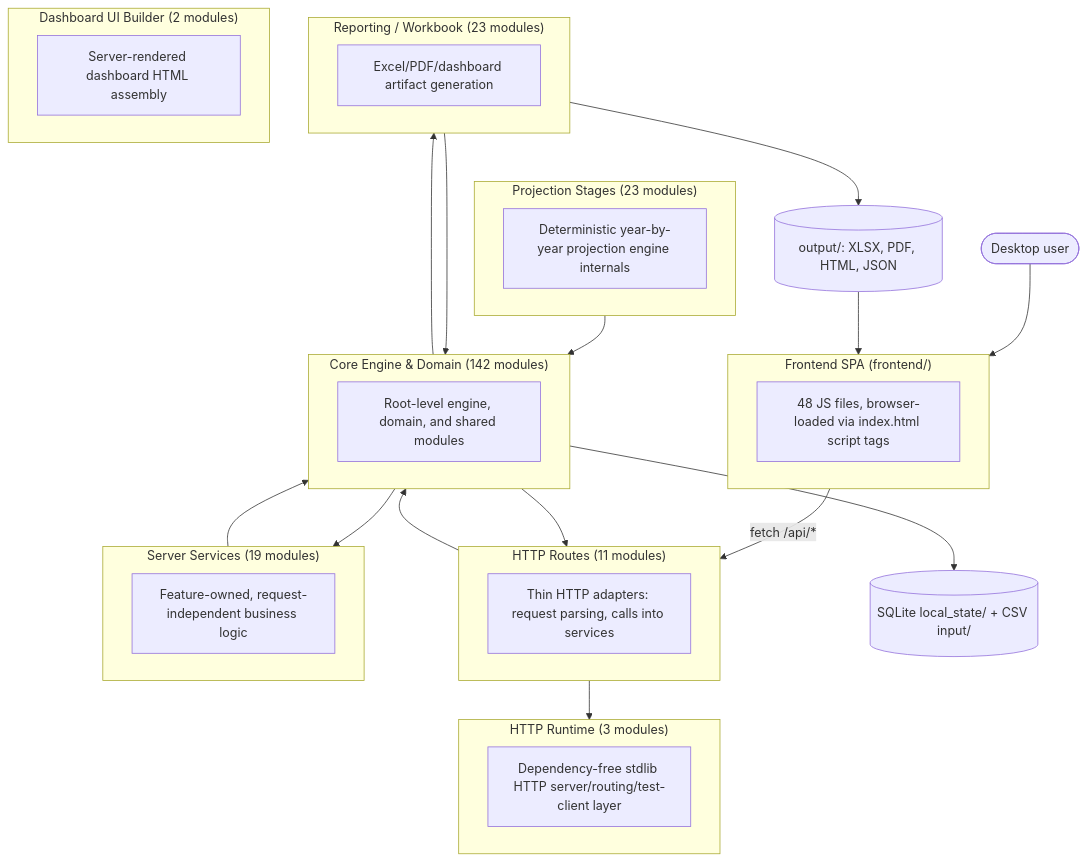
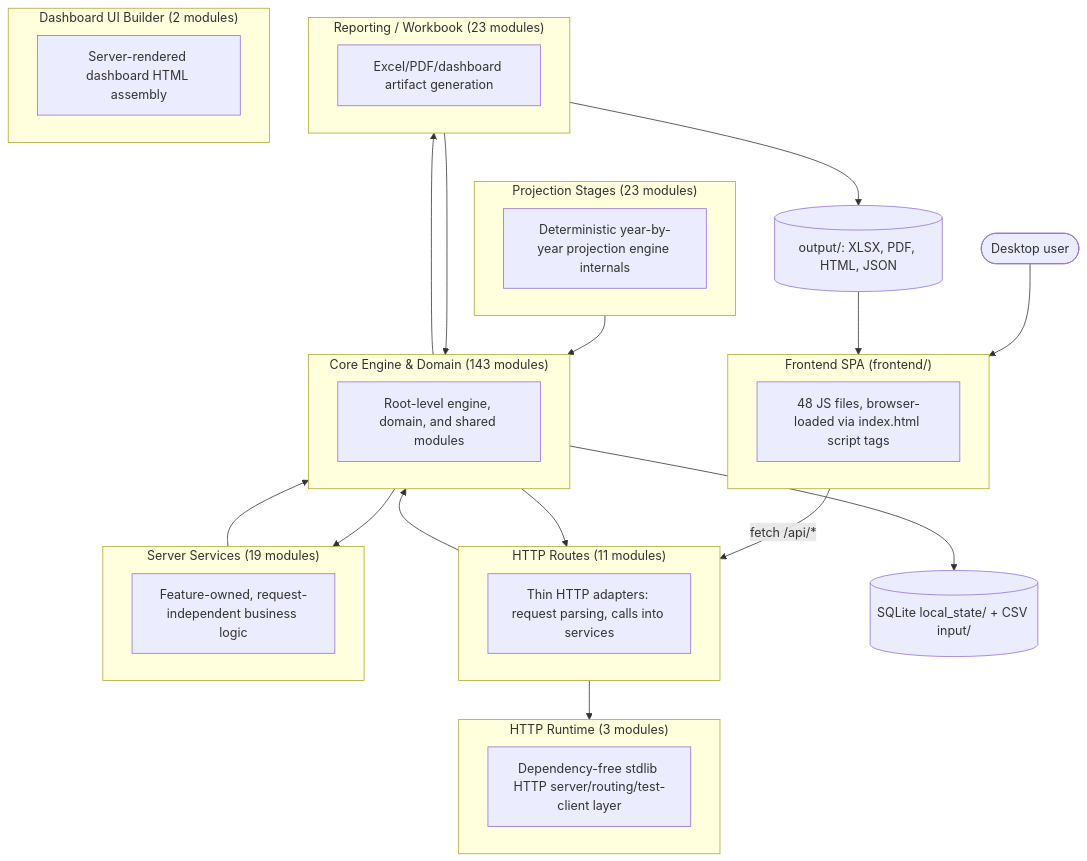
The first of 2 diagrams in documentation/reference/SYSTEM_ARCHITECTURE_DIAGRAM.md (matthartzman/retirement_system), drawn with Mermaid before and after one commit. The commit also changed other lines of this file and 14 other files, not shown here.

````diff
--- a/documentation/reference/SYSTEM_ARCHITECTURE_DIAGRAM.md
+++ b/documentation/reference/SYSTEM_ARCHITECTURE_DIAGRAM.md
@@ -11,40 +11,40 @@
 ```mermaid
 flowchart TB
     User(["Desktop user"]) --> FE
     subgraph FE["Frontend SPA (frontend/)"]
         FEcount["48 JS files, browser-loaded via index.html script tags"]
     end
     FE -->|fetch /api/*| L_HTTP_Routes
     subgraph L_HTTP_Routes["HTTP Routes (11 modules)"]
         L_HTTP_Routes_d["Thin HTTP adapters: request parsing, calls into services"]
     end
     subgraph L_Server_Services["Server Services (19 modules)"]
         L_Server_Services_d["Feature-owned, request-independent business logic"]
     end
     subgraph L_HTTP_Runtime["HTTP Runtime (3 modules)"]
         L_HTTP_Runtime_d["Dependency-free stdlib HTTP server/routing/test-client layer"]
     end
-    subgraph L_Core_Engine___Domain["Core Engine & Domain (142 modules)"]
+    subgraph L_Core_Engine___Domain["Core Engine & Domain (143 modules)"]
         L_Core_Engine___Domain_d["Root-level engine, domain, and shared modules"]
     end
     subgraph L_Projection_Stages["Projection Stages (23 modules)"]
         L_Projection_Stages_d["Deterministic year-by-year projection engine internals"]
     end
     subgraph L_Reporting___Workbook["Reporting / Workbook (23 modules)"]
         L_Reporting___Workbook_d["Excel/PDF/dashboard artifact generation"]
     end
     subgraph L_Dashboard_UI_Builder["Dashboard UI Builder (2 modules)"]
         L_Dashboard_UI_Builder_d["Server-rendered dashboard HTML assembly"]
     end
     L_Core_Engine___Domain --> L_HTTP_Routes
     L_Core_Engine___Domain --> L_Reporting___Workbook
     L_Core_Engine___Domain --> L_Server_Services
     L_HTTP_Routes --> L_Core_Engine___Domain
     L_HTTP_Routes --> L_HTTP_Runtime
     L_Projection_Stages --> L_Core_Engine___Domain
     L_Reporting___Workbook --> L_Core_Engine___Domain
     L_Server_Services --> L_Core_Engine___Domain
     L_Core_Engine___Domain --> DB[("SQLite local_state/ + CSV input/")]
     L_Reporting___Workbook --> Outputs[("output/: XLSX, PDF, HTML, JSON")]
     Outputs --> FE
 ```
````
